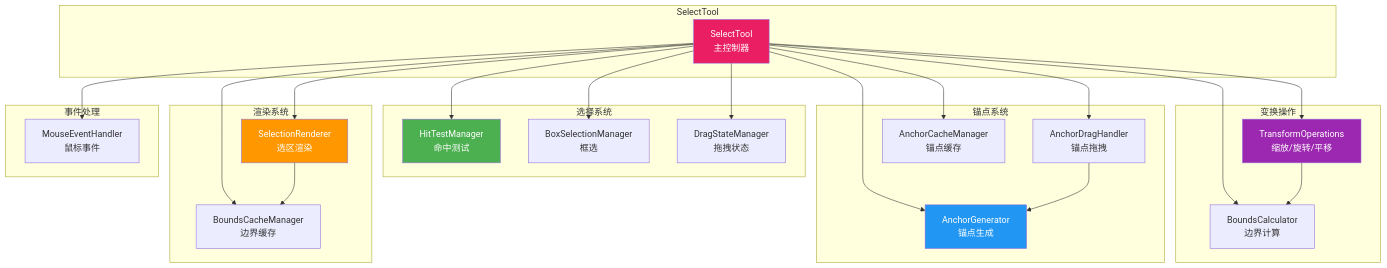
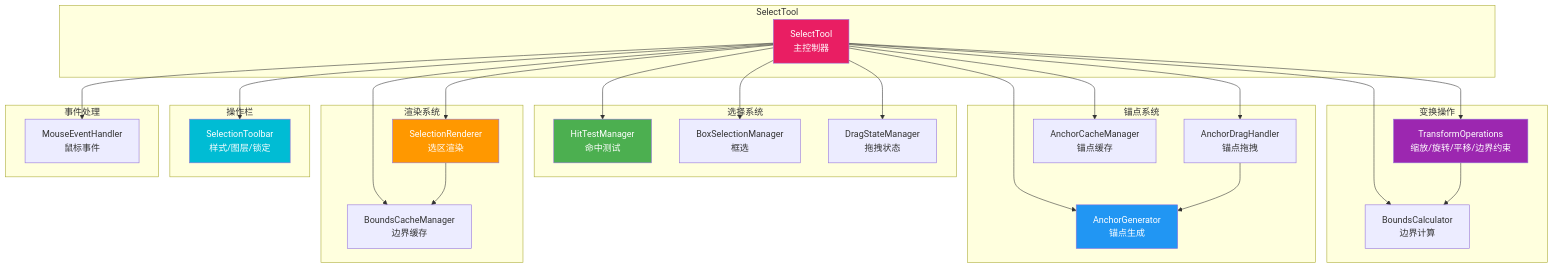
The eighth of 10 diagrams in docs/UML/DESIGN.md (wuminghaozhan/drawBoard), drawn with Mermaid before and after one commit. The commit also changed other lines of this file and 50 other files, not shown here.

````diff
--- a/docs/UML/DESIGN.md
+++ b/docs/UML/DESIGN.md
@@ -483,48 +487,54 @@
 ```mermaid
 graph TB
     subgraph "SelectTool"
         ST[SelectTool<br/>主控制器]
     end
     
     subgraph "变换操作"
-        TO[TransformOperations<br/>缩放/旋转/平移]
+        TO[TransformOperations<br/>缩放/旋转/平移/边界约束]
         BC[BoundsCalculator<br/>边界计算]
     end
     
     subgraph "锚点系统"
         AG[AnchorGenerator<br/>锚点生成]
         ADH[AnchorDragHandler<br/>锚点拖拽]
         ACM[AnchorCacheManager<br/>锚点缓存]
     end
     
     subgraph "选择系统"
         HTM[HitTestManager<br/>命中测试]
         BSM[BoxSelectionManager<br/>框选]
         DSM[DragStateManager<br/>拖拽状态]
     end
     
     subgraph "渲染系统"
         SR[SelectionRenderer<br/>选区渲染]
         BCM[BoundsCacheManager<br/>边界缓存]
     end
     
+    subgraph "操作栏"
+        STB[SelectionToolbar<br/>样式/图层/锁定]
+    end
+    
     subgraph "事件处理"
         MEH[MouseEventHandler<br/>鼠标事件]
     end
     
     ST --> TO & BC
     ST --> AG & ADH & ACM
     ST --> HTM & BSM & DSM
     ST --> SR & BCM
+    ST --> STB
     ST --> MEH
     
     TO --> BC
     ADH --> AG
     SR --> BCM
     
     style ST fill:#e91e63,color:#fff
     style TO fill:#9c27b0,color:#fff
     style AG fill:#2196f3,color:#fff
     style HTM fill:#4caf50,color:#fff
     style SR fill:#ff9800,color:#fff
+    style STB fill:#00bcd4,color:#fff
 ```
````
